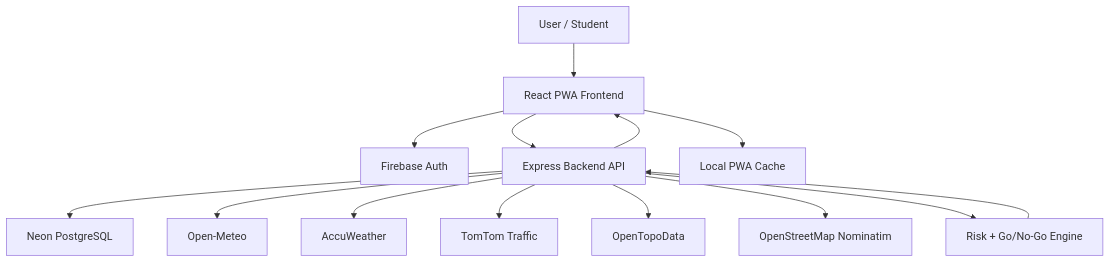
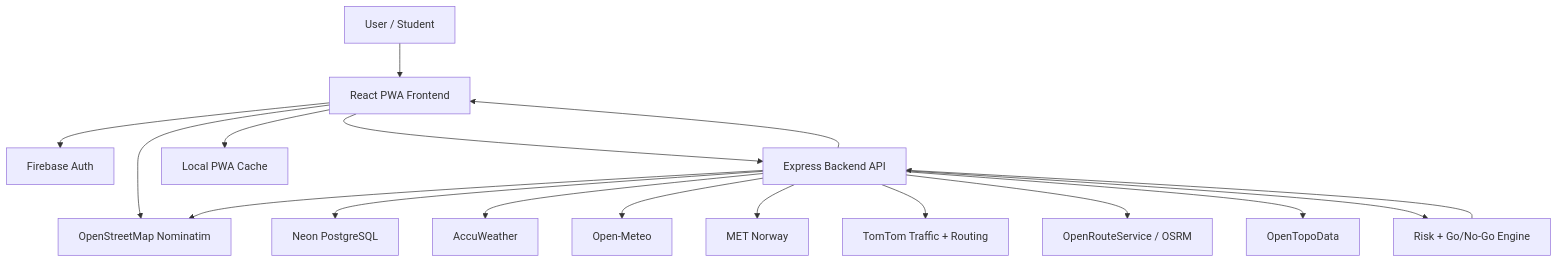
The diagram in DOCUMENTATION.md (Legplane/SkyCheck2), drawn with Mermaid before and after one commit. The commit also changed other lines of this file and 1 other file, not shown here.

````diff
--- a/DOCUMENTATION.md
+++ b/DOCUMENTATION.md
@@ -78,16 +74,19 @@
 ```mermaid
 flowchart TD
   User["User / Student"] --> Frontend["React PWA Frontend"]
   Frontend --> Firebase["Firebase Auth"]
   Frontend --> Backend["Express Backend API"]
   Frontend --> Cache["Local PWA Cache"]
+  Frontend --> Nominatim["OpenStreetMap Nominatim"]
+  Backend --> Nominatim
   Backend --> Neon["Neon PostgreSQL"]
+  Backend --> AccuWeather["AccuWeather"]
   Backend --> OpenMeteo["Open-Meteo"]
-  Backend --> AccuWeather["AccuWeather"]
-  Backend --> TomTom["TomTom Traffic"]
+  Backend --> MetNo["MET Norway"]
+  Backend --> TomTom["TomTom Traffic + Routing"]
+  Backend --> ORS["OpenRouteService / OSRM"]
   Backend --> Topo["OpenTopoData"]
-  Backend --> Nominatim["OpenStreetMap Nominatim"]
   Backend --> RiskEngine["Risk + Go/No-Go Engine"]
   RiskEngine --> Backend
   Backend --> Frontend
 ```
````
